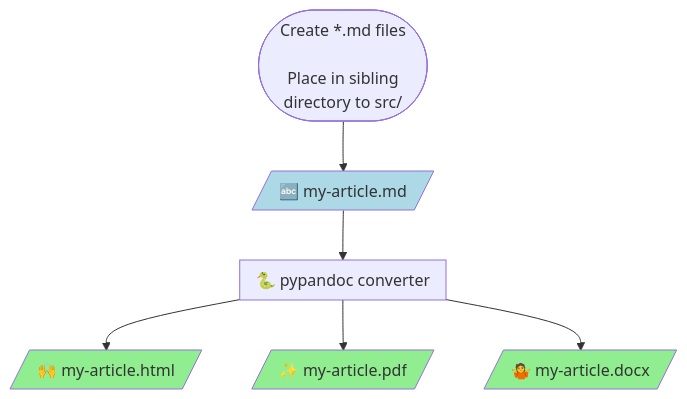
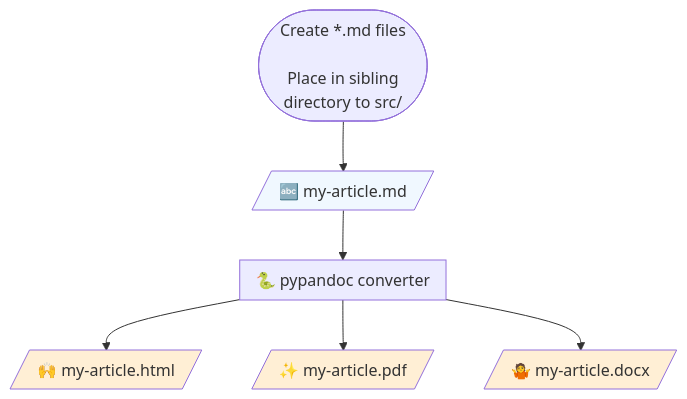
The second of 2 diagrams in README.md (rishigoutam/pandoc-converter), drawn with Mermaid before and after one commit. The commit also changed other lines of this file, not shown here.

````diff
--- a/README.md
+++ b/README.md
@@ -30,19 +29,19 @@
 ```mermaid
 flowchart TB
-    classDef input fill:lightblue;
-    classDef output fill:lightgreen;
+    classDef input fill:aliceblue;
+    classDef output fill:papayawhip;
     
     start(["Create *.md files\n \nPlace in sibling\n directory to src/"])
     
     markdown[/"🔤 my-article.md"/]:::input
     
     subgraph pypandoc ["🐍 pypandoc converter"]
-            
+        
     end
     
     html[/"🙌 my-article.html"/]:::output
     pdf[/"✨ my-article.pdf"/]:::output
     word[/"🤷 my-article.docx"/]:::output
     
     start-->markdown-->pypandoc-->html & pdf & word
 ```
````
